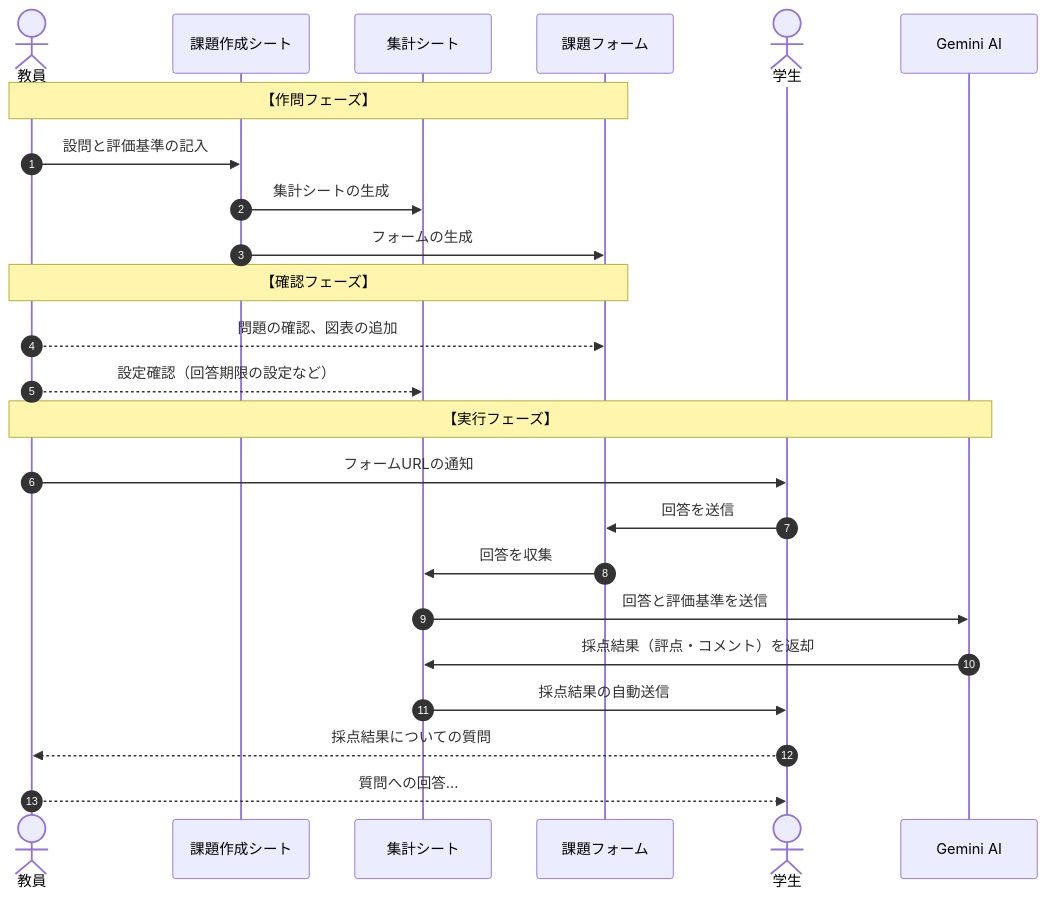
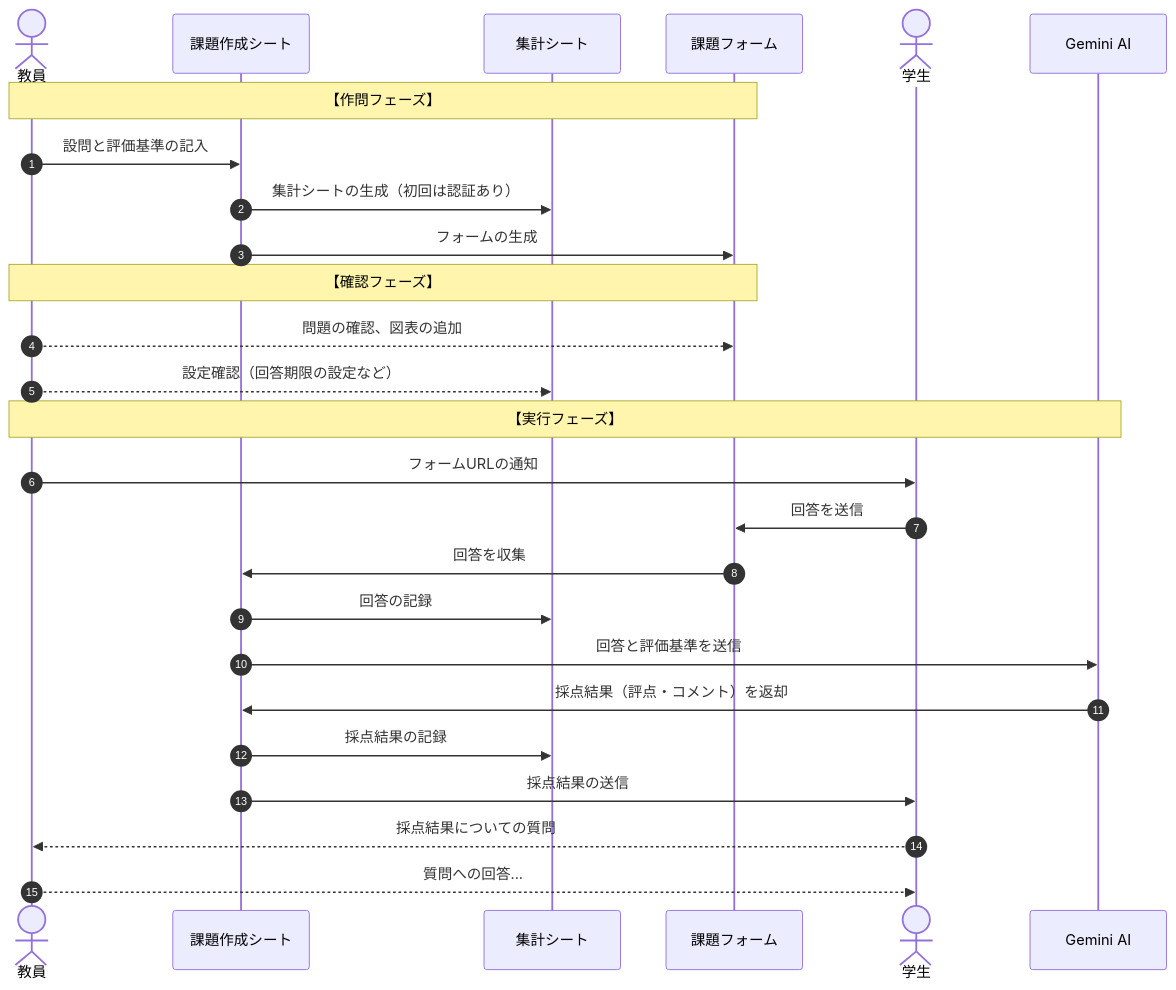
The fourth of 4 diagrams in README_JA.md (YujiSue/sAIten), drawn with Mermaid before and after one commit.

````diff
--- a/README_JA.md
+++ b/README_JA.md
@@ -88,31 +88,33 @@
 ```mermaid
 sequenceDiagram
     autonumber
     actor Author as 教員
     participant Main as 課題作成シート
     participant Score as 集計シート
     participant Form as 課題フォーム
     actor Student as 学生
     participant Gemini as Gemini AI
 
     Note over Author, Form: 【作問フェーズ】
     Author->>Main: 設問と評価基準の記入
-    Main->>Score: 集計シートの生成
+    Main->>Score: 集計シートの生成（初回は認証あり）
     Main->>Form: フォームの生成
 
     Note over Author, Form: 【確認フェーズ】
     Author-->>Form: 問題の確認、図表の追加
     Author-->>Score: 設定確認（回答期限の設定など）
 
     Note over Author,Gemini : 【実行フェーズ】
     Author->>Student: フォームURLの通知
     Student->>Form: 回答を送信
-    Form->>Score: 回答を収集
-    Score->>Gemini: 回答と評価基準を送信
-    Gemini->>Score: 採点結果（評点・コメント）を返却
-    Score->>Student: 採点結果の自動送信
+    Form->>Main: 回答を収集
+    Main->>Score: 回答の記録
+    Main->>Gemini: 回答と評価基準を送信
+    Gemini->>Main: 採点結果（評点・コメント）を返却
+    Main->>Score: 採点結果の記録
+    Main->>Student: 採点結果の送信
 
     Student-->>Author: 採点結果についての質問
     Author-->>Student: 質問への回答...
 
 ```
````
